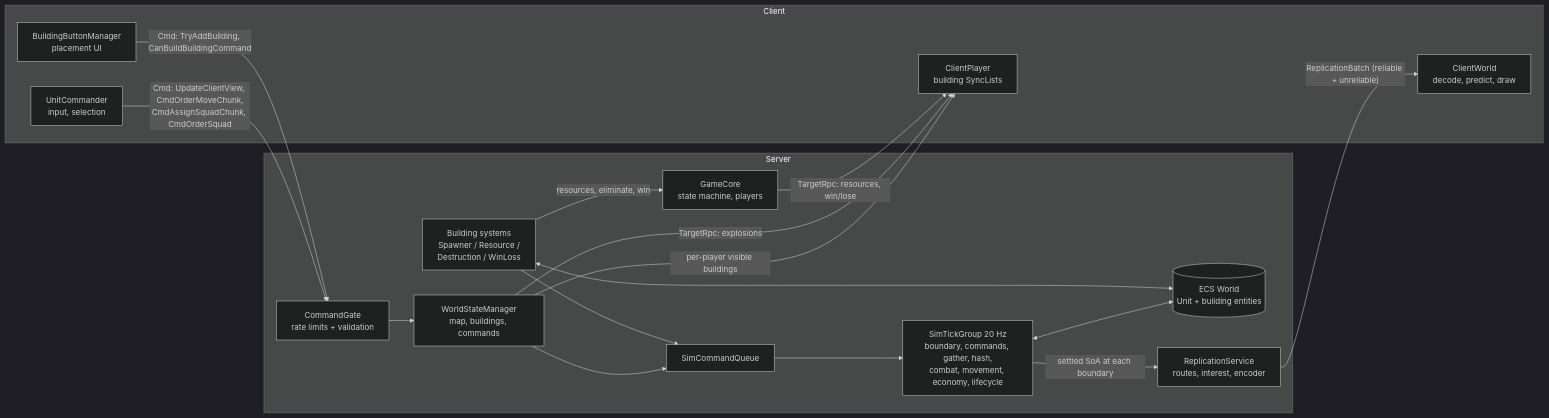
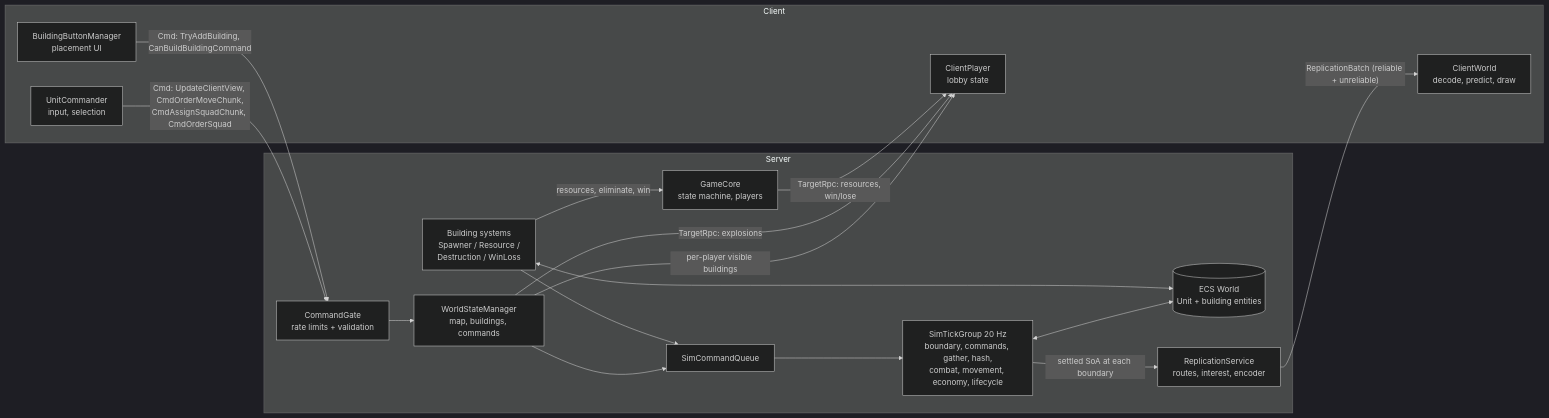
One commit to CoolCoder353/WAR-2D changed the first of 4 diagrams in docs/architecture.md. Above: the diagram before and after it, drawn with Mermaid (dark theme). The commit also changed other lines of this file and 57 other files, not shown here.

````diff
--- a/docs/architecture.md
+++ b/docs/architecture.md
@@ -12,33 +12,33 @@
 ```mermaid
 flowchart LR
     subgraph Client
         UC[UnitCommander<br/>input, selection]
         CW[ClientWorld<br/>decode, predict, draw]
         BBM[BuildingButtonManager<br/>placement UI]
-        CP_C[ClientPlayer<br/>building SyncLists]
+        CP_C[ClientPlayer<br/>lobby state]
     end
     subgraph Server
         GATE[CommandGate<br/>rate limits + validation]
         WSM[WorldStateManager<br/>map, buildings, commands]
         Q[SimCommandQueue]
         TICK[SimTickGroup 20 Hz<br/>boundary, commands, gather, hash,<br/>combat, movement, economy, lifecycle]
         ECS[(ECS World<br/>Unit + building entities)]
         REP[ReplicationService<br/>routes, interest, encoder]
         GC[GameCore<br/>state machine, players]
         SYS[Building systems<br/>Spawner / Resource /<br/>Destruction / WinLoss]
     end
     UC -- "Cmd: UpdateClientView, CmdOrderMoveChunk,<br/>CmdAssignSquadChunk, CmdOrderSquad" --> GATE
     BBM -- "Cmd: TryAddBuilding, CanBuildBuildingCommand" --> GATE
     GATE --> WSM
     WSM --> Q
     SYS --> Q
     Q --> TICK
     TICK <--> ECS
     SYS <--> ECS
     TICK -- "settled SoA at each boundary" --> REP
     REP -- "ReplicationBatch (reliable + unreliable)" --> CW
     WSM -- "per-player visible buildings" --> CP_C
     WSM -- "TargetRpc: explosions" --> CP_C
     SYS -- "resources, eliminate, win" --> GC
     GC -- "TargetRpc: resources, win/lose" --> CP_C
 ```
````
